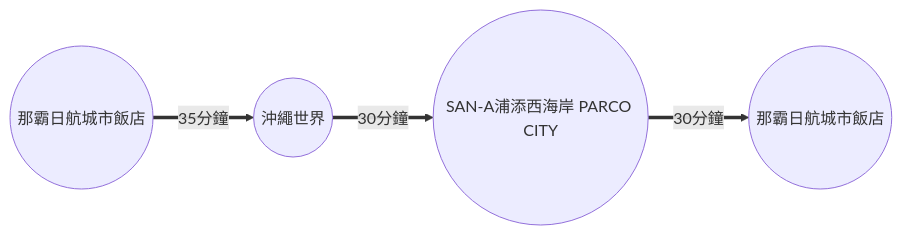
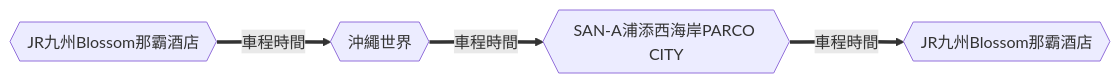
One commit to wilder640/trip changed diagram 11 of 12 in docs/blog/posts/okinawa/okinawa-2024-12/okinawa-2024-12.md. Above: the diagram before and after it, drawn with Mermaid. The commit also changed other lines of this file and 12 other files, not shown here.

````diff
--- a/docs/blog/posts/okinawa/okinawa-2024-12/okinawa-2024-12.md
+++ b/docs/blog/posts/okinawa/okinawa-2024-12/okinawa-2024-12.md
@@ -171,4 +173,4 @@
 ``` mermaid
 graph LR
-  A((那霸日航城市飯店)) == 35分鐘 ==> B((沖繩世界)) == 30分鐘 ==>  C((SAN-A浦添西海岸 PARCO CITY)) == 30分鐘 ==> D((那霸日航城市飯店))
+  A{{JR九州Blossom那霸酒店}} == 車程時間 ==> B{{沖繩世界}} == 車程時間 ==> C{{SAN-A浦添西海岸PARCO CITY}} == 車程時間 ==> D{{JR九州Blossom那霸酒店}}
 ```
````
